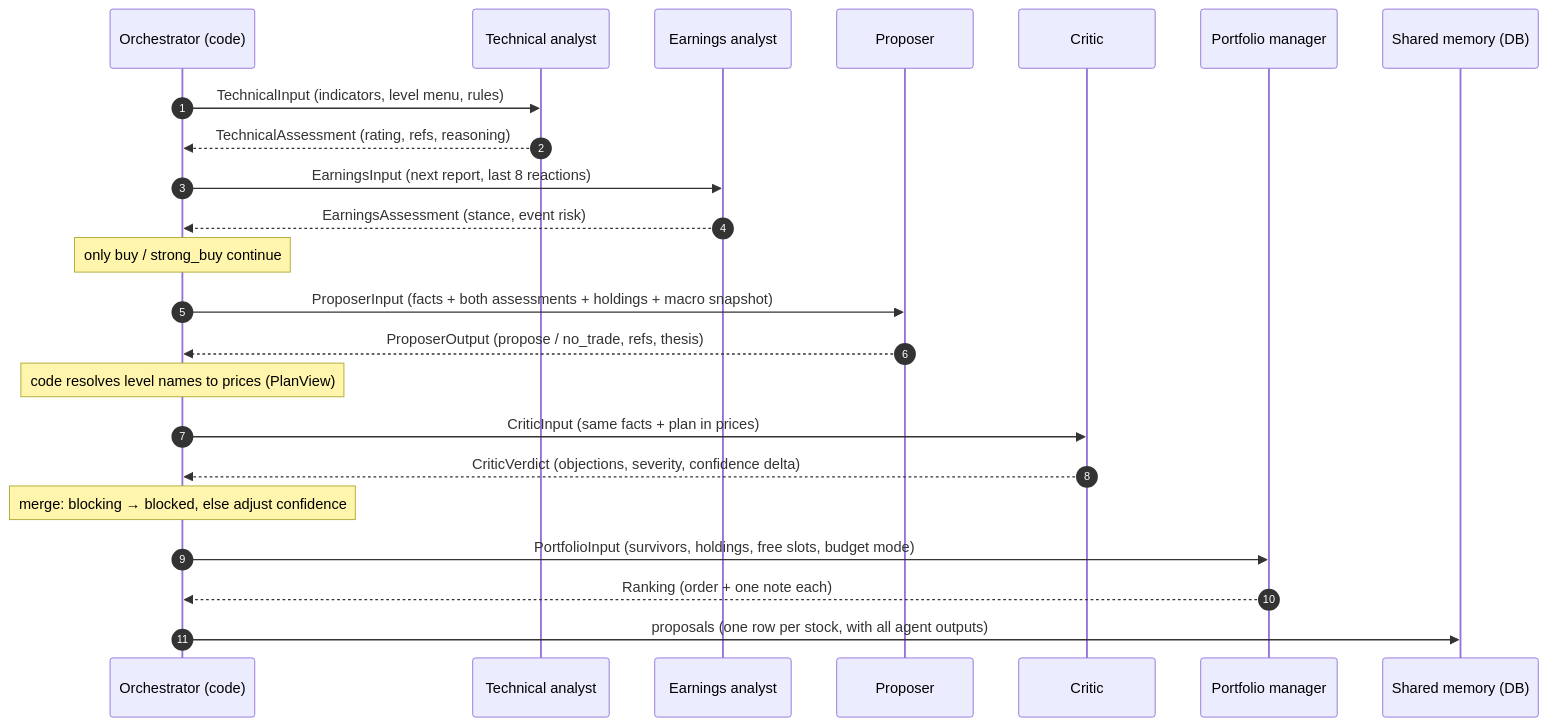
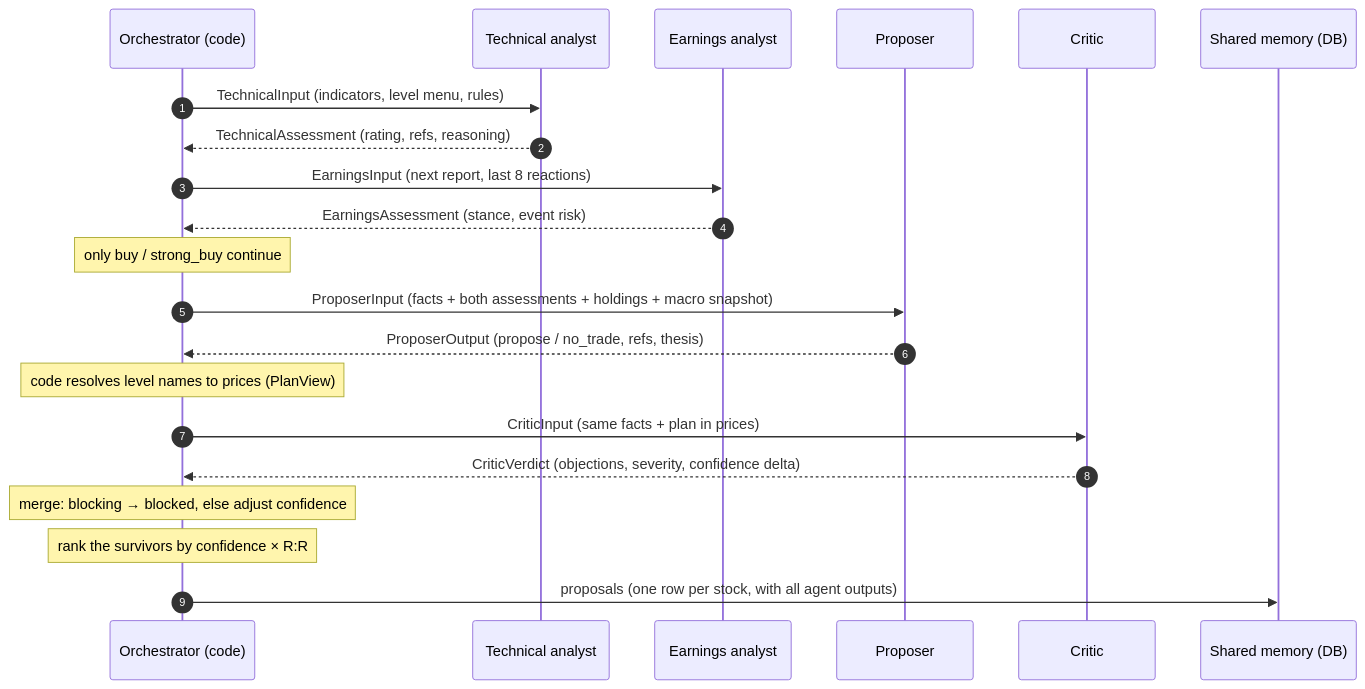
The third of 3 diagrams in MAS-DESIGN.md (klausrossmann/trading-agent), drawn with Mermaid before and after one commit. The commit also changed other lines of this file and 104 other files, not shown here.

````diff
--- a/MAS-DESIGN.md
+++ b/MAS-DESIGN.md
@@ -158,25 +155,23 @@
 ```mermaid
 sequenceDiagram
     autonumber
     participant O as Orchestrator (code)
     participant T as Technical analyst
     participant E as Earnings analyst
     participant P as Proposer
     participant C as Critic
-    participant M as Portfolio manager
     participant DB as Shared memory (DB)
     O->>T: TechnicalInput (indicators, level menu, rules)
     T-->>O: TechnicalAssessment (rating, refs, reasoning)
     O->>E: EarningsInput (next report, last 8 reactions)
     E-->>O: EarningsAssessment (stance, event risk)
     Note over O: only buy / strong_buy continue
     O->>P: ProposerInput (facts + both assessments + holdings + macro snapshot)
     P-->>O: ProposerOutput (propose / no_trade, refs, thesis)
     Note over O: code resolves level names to prices (PlanView)
     O->>C: CriticInput (same facts + plan in prices)
     C-->>O: CriticVerdict (objections, severity, confidence delta)
     Note over O: merge: blocking → blocked, else adjust confidence
-    O->>M: PortfolioInput (survivors, holdings, free slots, budget mode)
-    M-->>O: Ranking (order + one note each)
+    Note over O: rank the survivors by confidence × R:R
     O->>DB: proposals (one row per stock, with all agent outputs)
 ```
````
